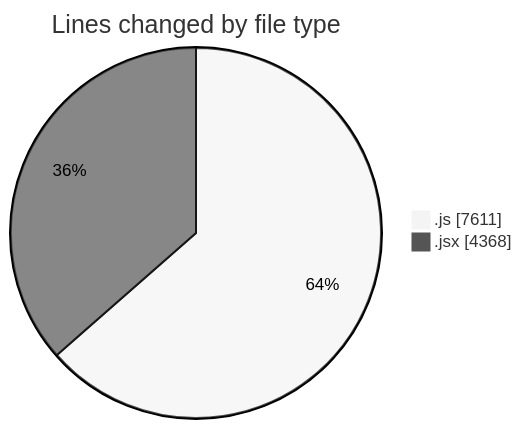
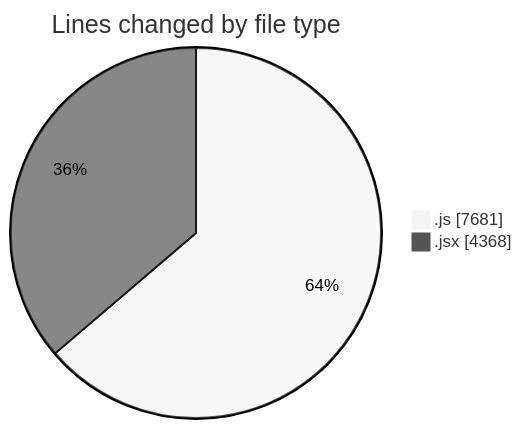
Before and after one commit to nxtqubesakshisongat/code-tracking: the first of 2 diagrams in 2025-12-10/nxtqube_webapp/README.md, drawn with Mermaid (neutral theme). The commit also changed other lines of this file and 1 other file, not shown here.

````diff
--- a/2025-12-10/nxtqube_webapp/README.md
+++ b/2025-12-10/nxtqube_webapp/README.md
@@ -23,6 +23,6 @@
 ```mermaid
 pie showData
 title Lines changed by file type
-".js" : 7611
+".js" : 7681
 ".jsx" : 4368
 ```
````
